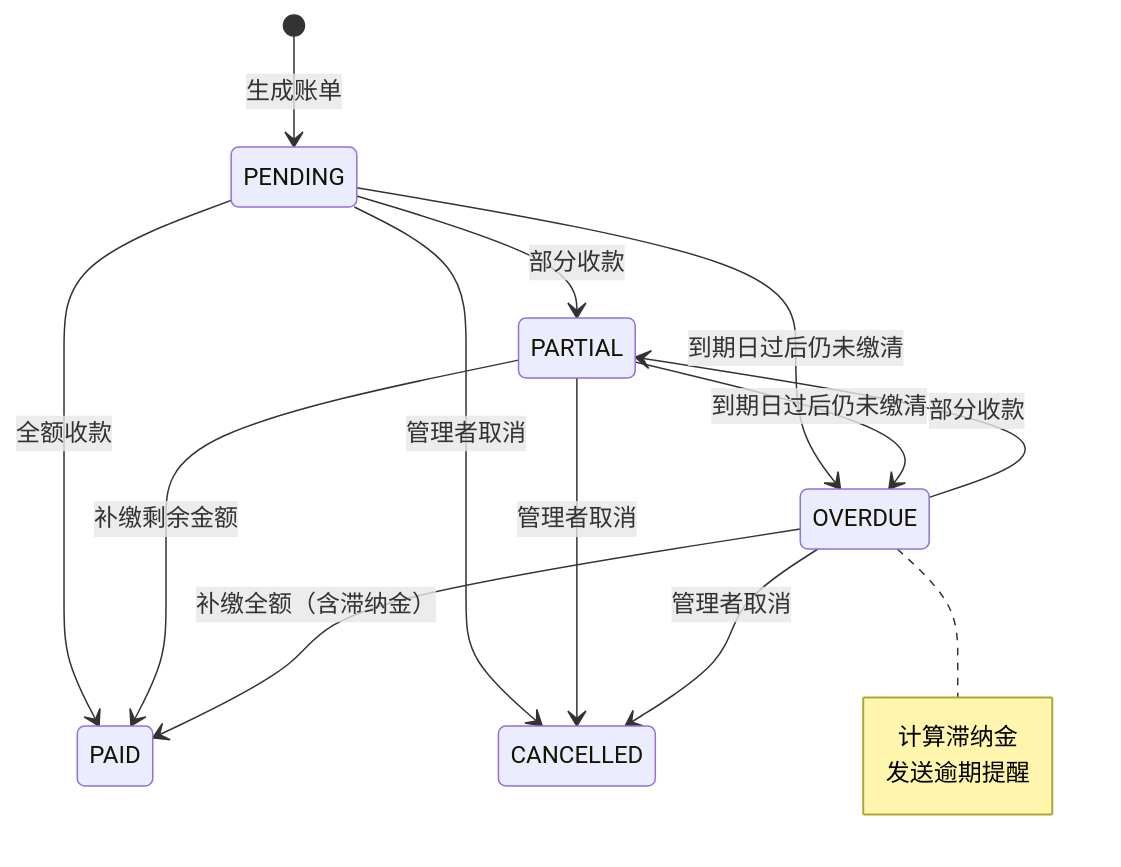
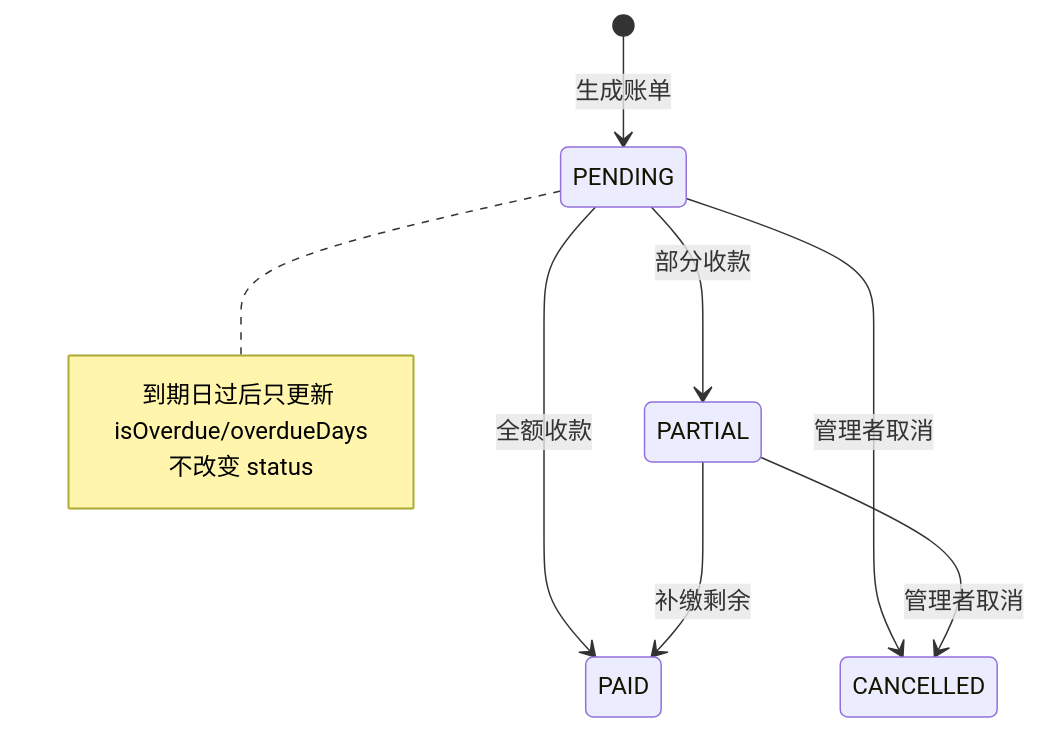
Before and after one commit to tyyt53909-create/tenant-management-system: the third of 5 diagrams in docs/04-状态机.md, drawn with Mermaid. The commit also changed other lines of this file and 29 other files, not shown here.

````diff
--- a/docs/04-状态机.md
+++ b/docs/04-状态机.md
@@ -263,23 +265,14 @@
 ```mermaid
 stateDiagram-v2
     [*] --> PENDING: 生成账单
-    
     PENDING --> PARTIAL: 部分收款
     PENDING --> PAID: 全额收款
-    PENDING --> OVERDUE: 到期日过后仍未缴清
-    
-    PARTIAL --> PAID: 补缴剩余金额
-    PARTIAL --> OVERDUE: 到期日过后仍未缴清
-    
-    OVERDUE --> PARTIAL: 部分收款
-    OVERDUE --> PAID: 补缴全额（含滞纳金）
-    
+    PARTIAL --> PAID: 补缴剩余
     PENDING --> CANCELLED: 管理者取消
     PARTIAL --> CANCELLED: 管理者取消
-    OVERDUE --> CANCELLED: 管理者取消
-    
-    note right of OVERDUE
-        计算滞纳金
-        发送逾期提醒
+
+    note right of PENDING
+        到期日过后只更新 isOverdue/overdueDays
+        不改变 status
     end note
 ```
````
